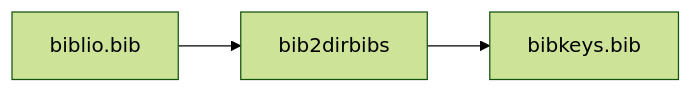
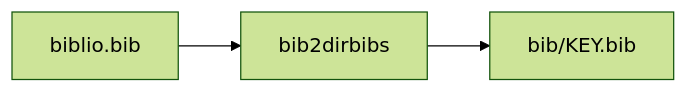
Before and after one commit to chris2fr/linto: the third of 6 diagrams in linto-guide/biblio.md, drawn with Mermaid (forest theme). The commit also changed other lines of this file and 1 other file, not shown here.

First line of the commit message:
Make bib2json input and output JSON optional; refresh the biblio guide

````diff
--- a/linto-guide/biblio.md
+++ b/linto-guide/biblio.md
@@ -72,4 +168,4 @@
 ```mermaid
 flowchart LR
-biblio.bib --> bib2dirbibs --> bibkeys.bib
+biblio.bib --> bib2dirbibs --> bib/KEY.bib
 ```
````
